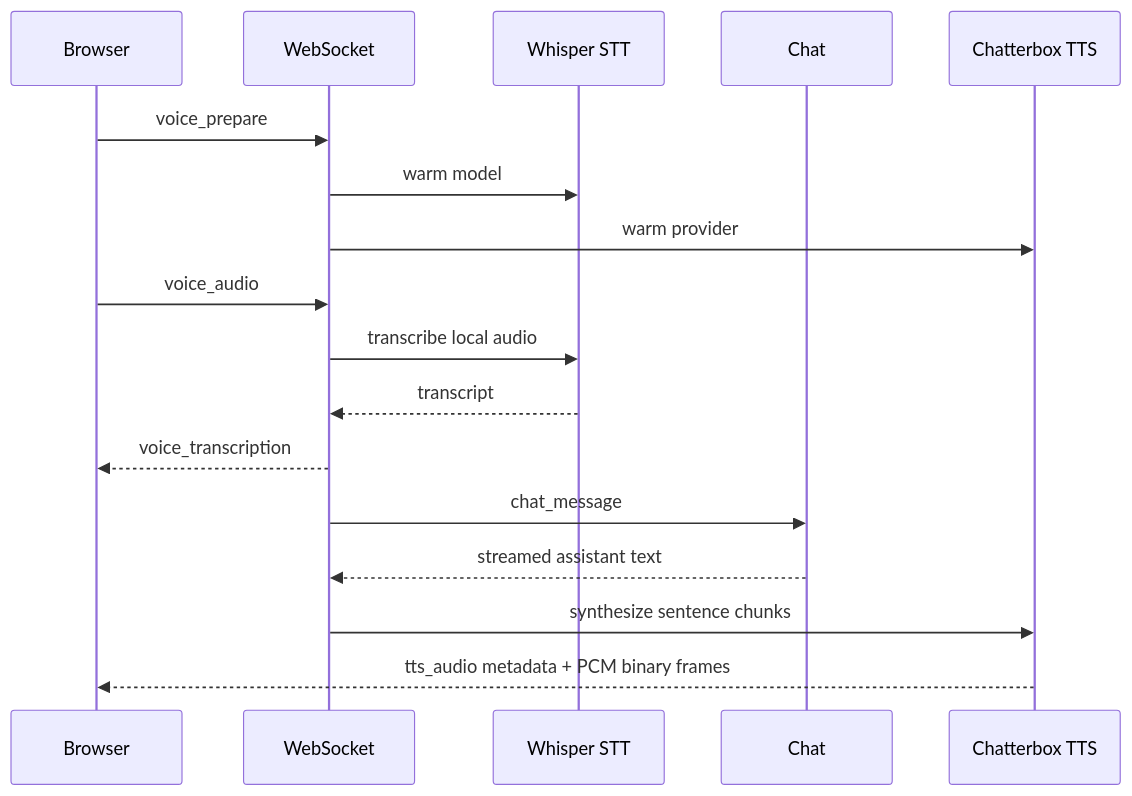
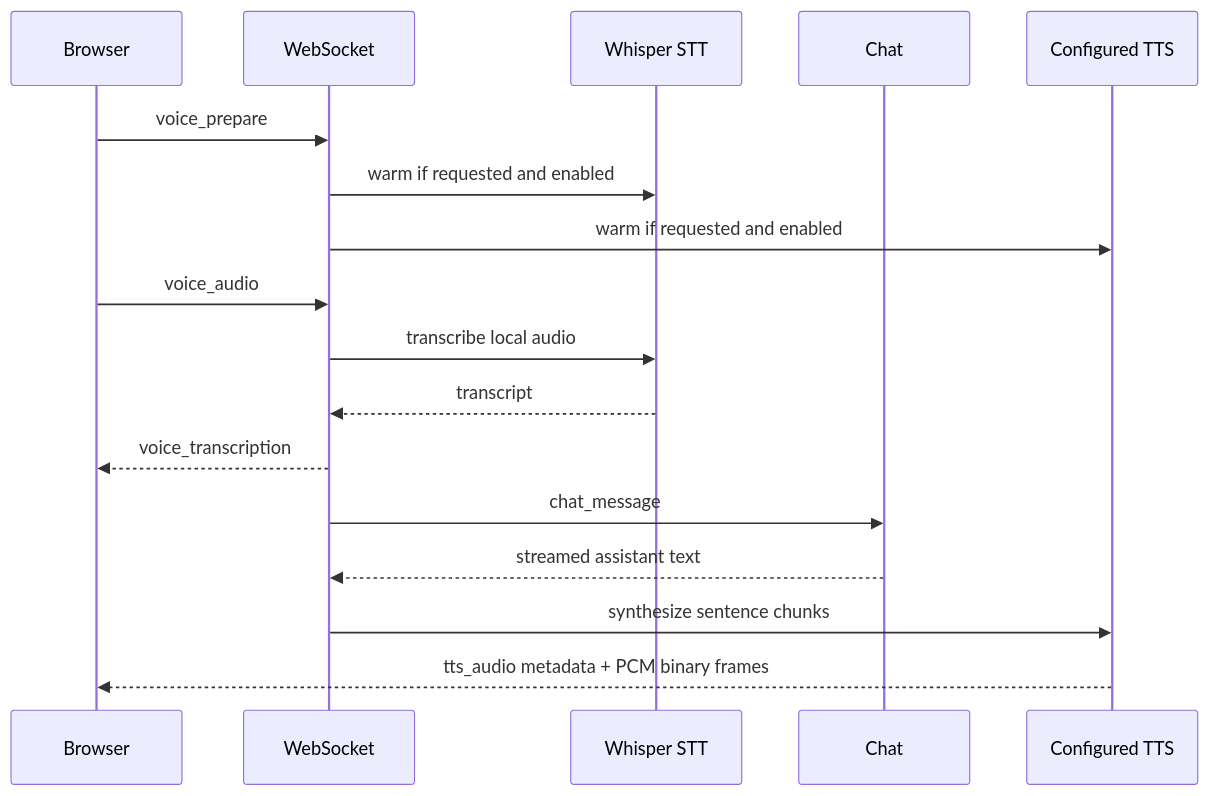
Before and after one commit to GobbyAI/gobby: the diagram in docs/guides/voice.md, drawn with Mermaid. The commit also changed other lines of this file and 14 other files, not shown here.

````diff
--- a/docs/guides/voice.md
+++ b/docs/guides/voice.md
@@ -11,20 +13,20 @@
 ```mermaid
 sequenceDiagram
     participant Browser
     participant WebSocket
     participant STT as Whisper STT
     participant Chat
-    participant TTS as Chatterbox TTS
+    participant TTS as Configured TTS
 
     Browser->>WebSocket: voice_prepare
-    WebSocket->>STT: warm model
-    WebSocket->>TTS: warm provider
+    WebSocket->>STT: warm if requested and enabled
+    WebSocket->>TTS: warm if requested and enabled
     Browser->>WebSocket: voice_audio
     WebSocket->>STT: transcribe local audio
     STT-->>WebSocket: transcript
     WebSocket-->>Browser: voice_transcription
     WebSocket->>Chat: chat_message
     Chat-->>WebSocket: streamed assistant text
     WebSocket->>TTS: synthesize sentence chunks
     TTS-->>Browser: tts_audio metadata + PCM binary frames
 ```
````
